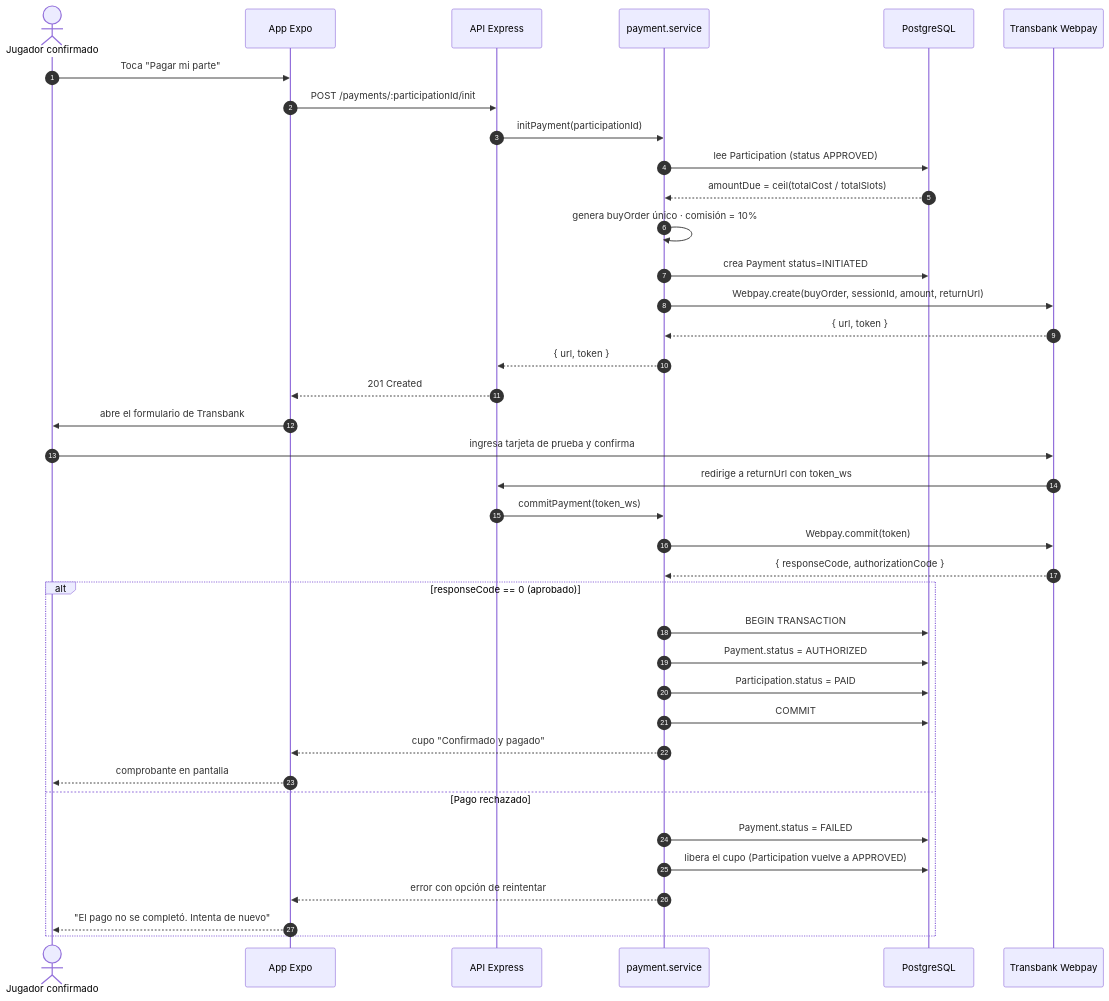
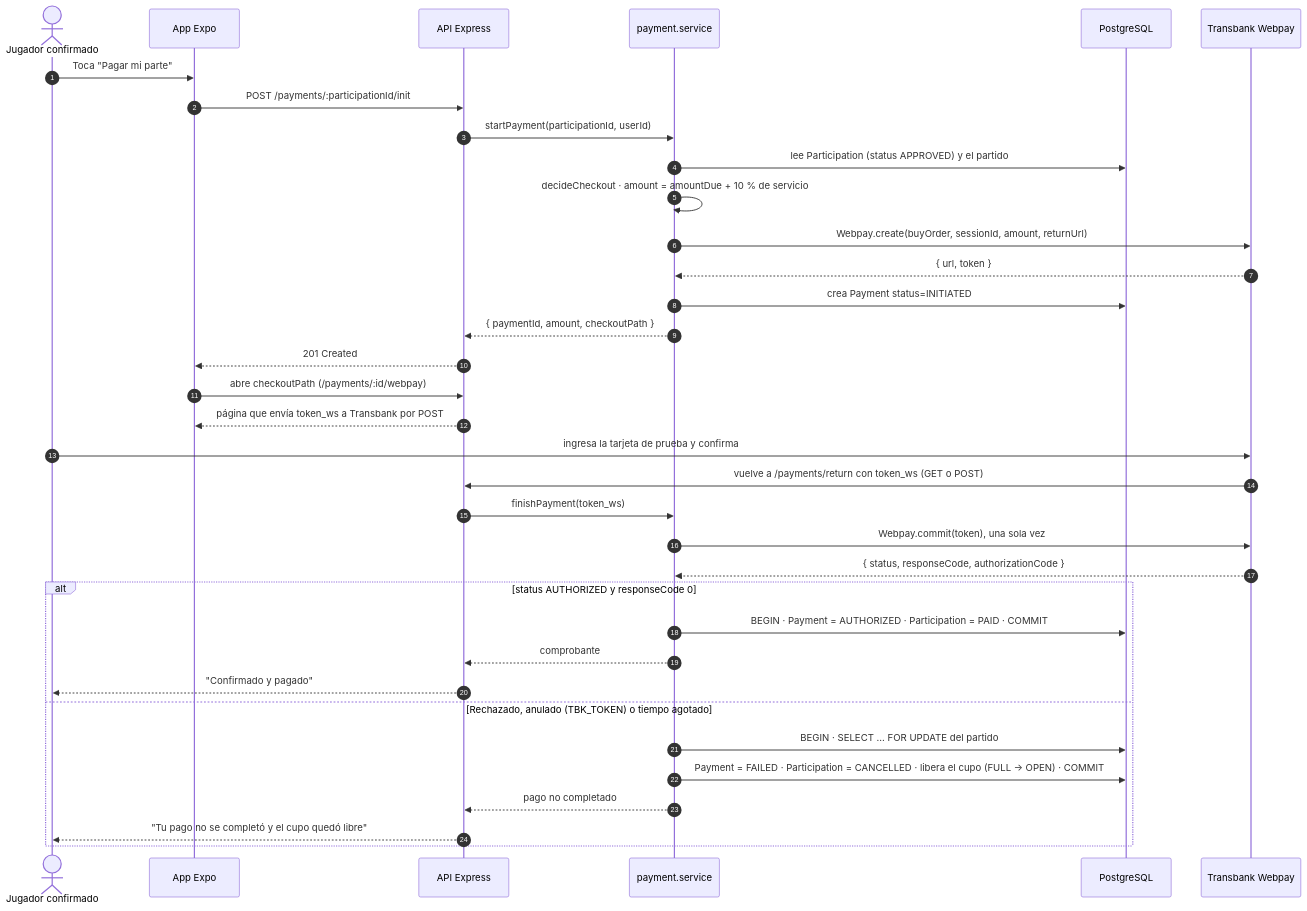
Before and after one commit to avenaaaa/KANCHA: the third of 8 diagrams in fase-2-desarrollo/docs/02-diagramas-uml.md, drawn with Mermaid. The commit also changed other lines of this file and 37 other files, not shown here.

````diff
--- a/fase-2-desarrollo/docs/02-diagramas-uml.md
+++ b/fase-2-desarrollo/docs/02-diagramas-uml.md
@@ -96,43 +102,40 @@
 ```mermaid
 sequenceDiagram
     autonumber
     actor J as Jugador confirmado
     participant APP as App Expo
     participant API as API Express
     participant PAY as payment.service
     participant DB as PostgreSQL
     participant TBK as Transbank Webpay
 
     J->>APP: Toca "Pagar mi parte"
     APP->>API: POST /payments/:participationId/init
-    API->>PAY: initPayment(participationId)
-    PAY->>DB: lee Participation (status APPROVED)
-    DB-->>PAY: amountDue = ceil(totalCost / totalSlots)
-    PAY->>PAY: genera buyOrder único · comisión = 10%
-    PAY->>DB: crea Payment status=INITIATED
+    API->>PAY: startPayment(participationId, userId)
+    PAY->>DB: lee Participation (status APPROVED) y el partido
+    PAY->>PAY: decideCheckout · amount = amountDue + 10 % de servicio
     PAY->>TBK: Webpay.create(buyOrder, sessionId, amount, returnUrl)
     TBK-->>PAY: { url, token }
-    PAY-->>API: { url, token }
+    PAY->>DB: crea Payment status=INITIATED
+    PAY-->>API: { paymentId, amount, checkoutPath }
     API-->>APP: 201 Created
-    APP->>J: abre el formulario de Transbank
+    APP->>API: abre checkoutPath (/payments/:id/webpay)
+    API-->>APP: página que envía token_ws a Transbank por POST
 
-    J->>TBK: ingresa tarjeta de prueba y confirma
-    TBK->>API: redirige a returnUrl con token_ws
-    API->>PAY: commitPayment(token_ws)
-    PAY->>TBK: Webpay.commit(token)
-    TBK-->>PAY: { responseCode, authorizationCode }
+    J->>TBK: ingresa la tarjeta de prueba y confirma
+    TBK->>API: vuelve a /payments/return con token_ws (GET o POST)
+    API->>PAY: finishPayment(token_ws)
+    PAY->>TBK: Webpay.commit(token), una sola vez
+    TBK-->>PAY: { status, responseCode, authorizationCode }
 
-    alt responseCode == 0 (aprobado)
-        PAY->>DB: BEGIN TRANSACTION
-        PAY->>DB: Payment.status = AUTHORIZED
-        PAY->>DB: Participation.status = PAID
-        PAY->>DB: COMMIT
-        PAY-->>APP: cupo "Confirmado y pagado"
-        APP-->>J: comprobante en pantalla
-    else Pago rechazado
-        PAY->>DB: Payment.status = FAILED
-        PAY->>DB: libera el cupo (Participation vuelve a APPROVED)
-        PAY-->>APP: error con opción de reintentar
-        APP-->>J: "El pago no se completó. Intenta de nuevo"
+    alt status AUTHORIZED y responseCode 0
+        PAY->>DB: BEGIN · Payment = AUTHORIZED · Participation = PAID · COMMIT
+        PAY-->>API: comprobante
+        API-->>J: "Confirmado y pagado"
+    else Rechazado, anulado (TBK_TOKEN) o tiempo agotado
+        PAY->>DB: BEGIN · SELECT … FOR UPDATE del partido
+        PAY->>DB: Payment = FAILED · Participation = CANCELLED · libera el cupo (FULL → OPEN) · COMMIT
+        PAY-->>API: pago no completado
+        API-->>J: "Tu pago no se completó y el cupo quedó libre"
     end
 ```
````
